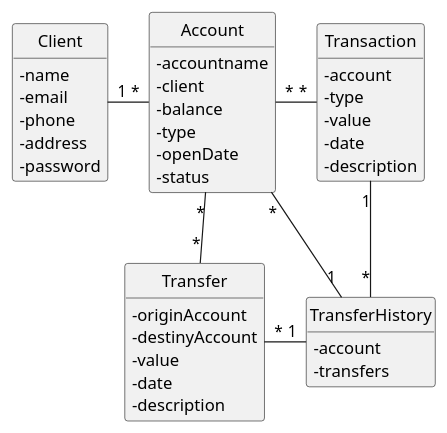
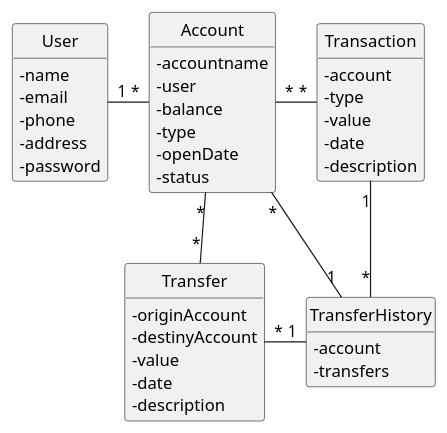
The diagram in docs/DomainModel.puml (mpoboas/natwise), drawn with PlantUML before and after one commit. The commit also changed 3 other files, not shown here.

```diff
--- a/docs/DomainModel.puml
+++ b/docs/DomainModel.puml
@@ -1,52 +1,52 @@
 @startuml DomainModel
 'https://plantuml.com/class-diagram
 skinparam classAttributeIconSize 0
 hide circle
 hide methods
 
-class Client {
+class User {
     - name
     - email 
     - phone
     - address
     - password
 }
 
 class Account {
     - accountname
-    - client
+    - user
     - balance
     - type
     - openDate
     - status
 }
 
 class Transfer {
     - originAccount
     - destinyAccount
     - value
     - date
     - description
 }
 
 class Transaction {
     - account
     - type
     - value
     - date
     - description
 }
 
 class TransferHistory {
     - account
     - transfers
 }
 
-Client "1"-"*" Account
+User "1"-"*" Account
 Account "*"-"*" Transfer
 Account "*"-"1" TransferHistory
 Transfer "*"-"1" TransferHistory
 Account "*"-"*" Transaction
 Transaction "1"-d-"*" TransferHistory
 
 @enduml
```
